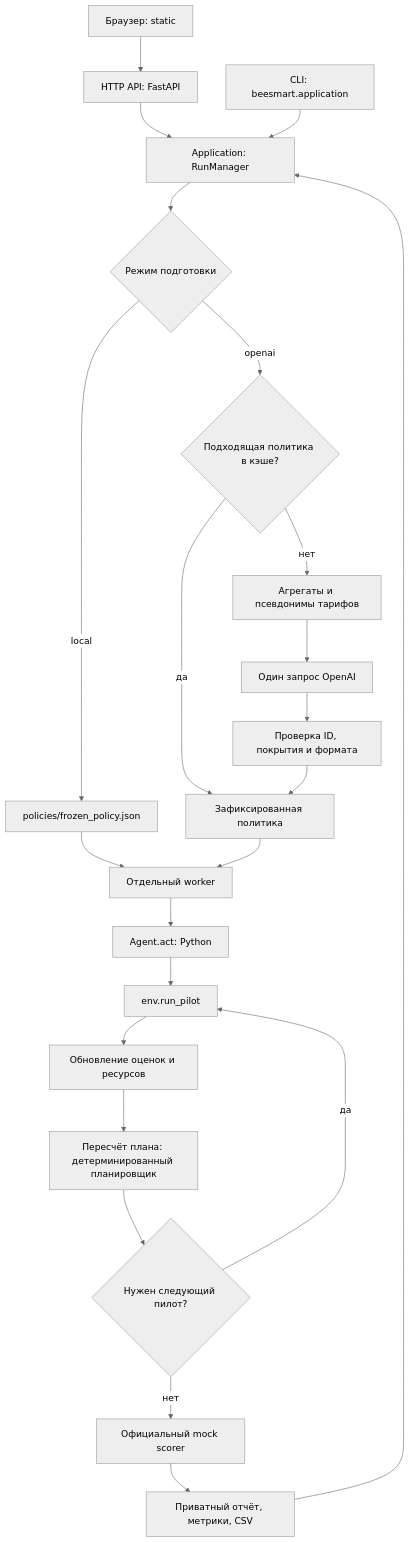
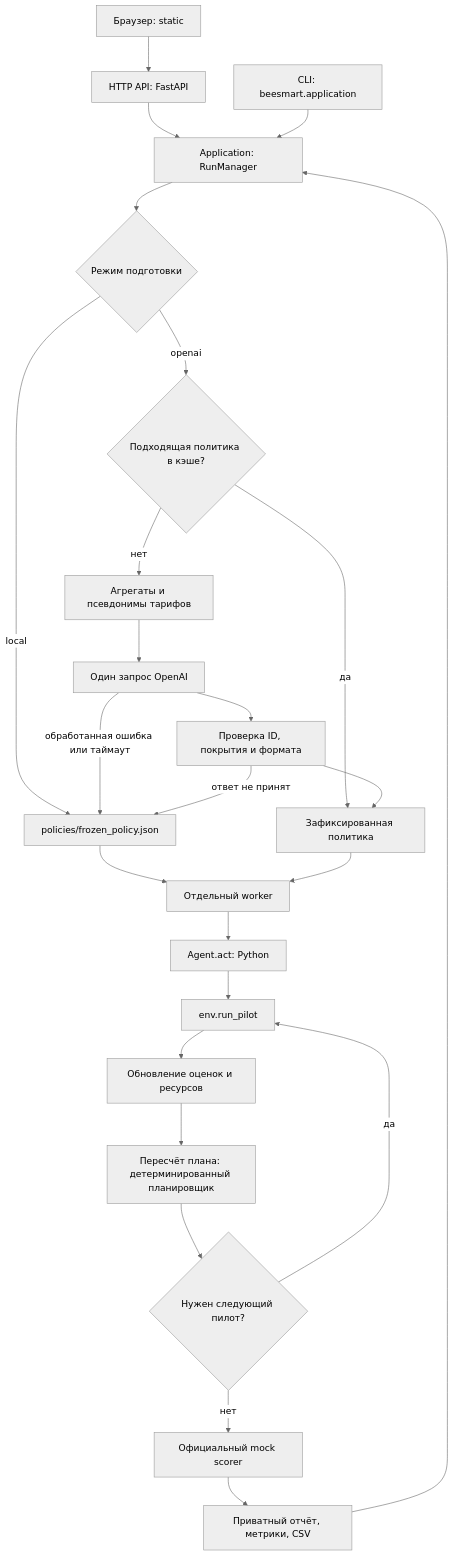
The diagram in docs/architecture.md (BAITC-Hacks/hack-9a0622c5-huita), drawn with Mermaid (neutral theme) before and after one commit. The commit also changed other lines of this file and 17 other files, not shown here.

````diff
--- a/docs/architecture.md
+++ b/docs/architecture.md
@@ -50,25 +50,27 @@
 ```mermaid
 flowchart TD
     Browser[Браузер: static] --> HTTP[HTTP API: FastAPI]
     HTTP --> Run[Application: RunManager]
     CLI[CLI: beesmart.application] --> Run
     Run --> Mode{Режим подготовки}
     Mode -->|local| Local[policies/frozen_policy.json]
     Mode -->|openai| Cache{Подходящая политика в кэше?}
     Cache -->|да| Frozen[Зафиксированная политика]
     Cache -->|нет| Aggregate[Агрегаты и псевдонимы тарифов]
     Aggregate --> LLM[Один запрос OpenAI]
     LLM --> Validate[Проверка ID, покрытия и формата]
     Validate --> Frozen
+    LLM -->|обработанная ошибка или таймаут| Local
+    Validate -->|ответ не принят| Local
     Local --> Worker[Отдельный worker]
     Frozen --> Worker
     Worker --> Act[Agent.act: Python]
     Act --> Pilot[env.run_pilot]
     Pilot --> Estimate[Обновление оценок и ресурсов]
     Estimate --> Plan[Пересчёт плана: детерминированный планировщик]
     Plan --> Decision{Нужен следующий пилот?}
     Decision -->|да| Pilot
     Decision -->|нет| Score[Официальный mock scorer]
     Score --> Report[Приватный отчёт, метрики, CSV]
     Report --> Run
 ```
````
